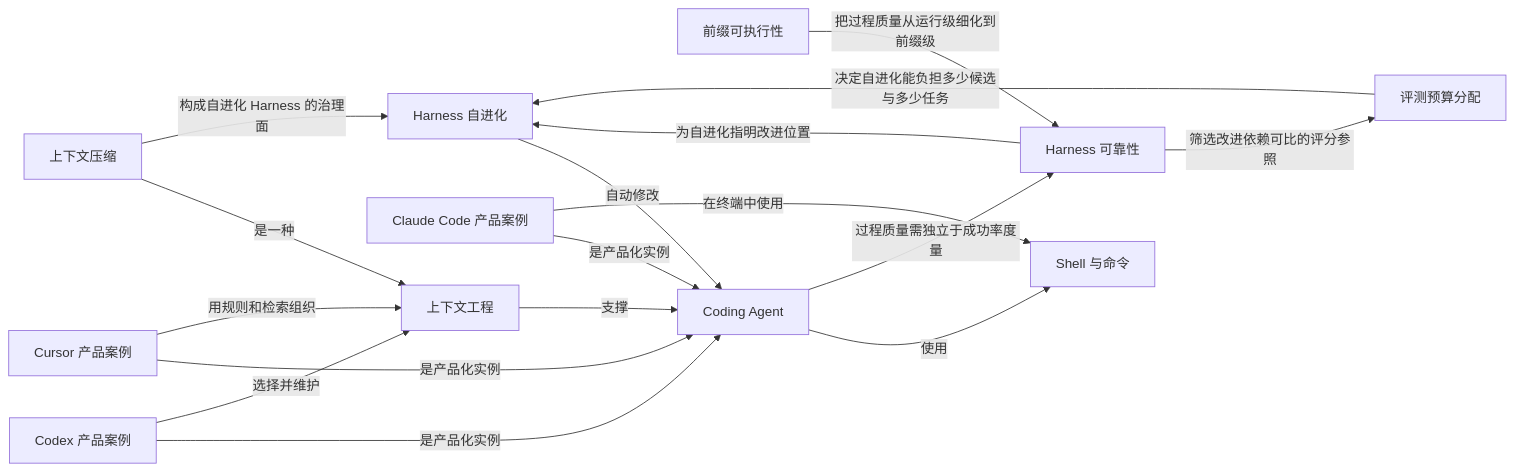
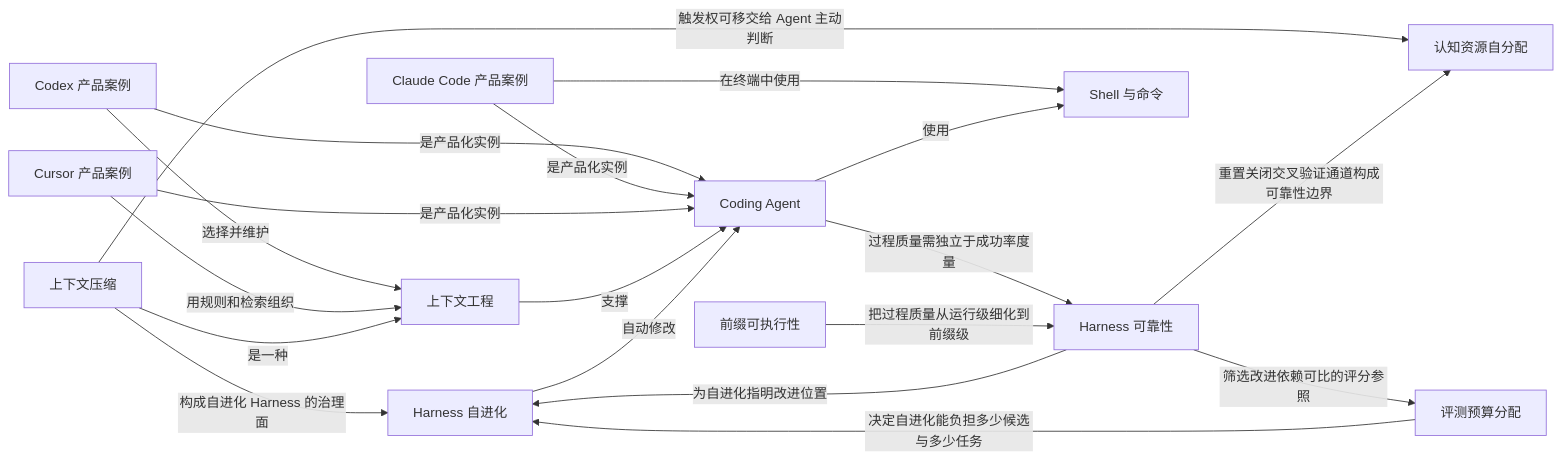
The seventh of 10 diagrams in 知识网络.md (z-Zihan/LLM-101), drawn with Mermaid before and after one commit. The commit also changed other lines of this file and 5 other files, not shown here.

Commit message:
docs(agent): add cognitive resource self-allocation (CORAL) section on agent-driven context management (#13)

````diff
--- a/知识网络.md
+++ b/知识网络.md
@@ -423,30 +424,33 @@
 ```mermaid
 flowchart LR
     n_harness_self_evolution["Harness 自进化"]
     n_harness_reliability["Harness 可靠性"]
     n_eval_budget["评测预算分配"]
     n_prefix_executability["前缀可执行性"]
     n_coding_agent["Coding Agent"]
     n_codex_product["Codex 产品案例"]
     n_claude_code_product["Claude Code 产品案例"]
     n_cursor_product["Cursor 产品案例"]
     n_context_engineering["上下文工程"]
     n_context_compaction["上下文压缩"]
+    n_coral_context_self_allocation["认知资源自分配"]
     n_shell["Shell 与命令"]
     n_codex_product -->|"是产品化实例"| n_coding_agent
     n_codex_product -->|"选择并维护"| n_context_engineering
     n_claude_code_product -->|"是产品化实例"| n_coding_agent
     n_claude_code_product -->|"在终端中使用"| n_shell
     n_cursor_product -->|"是产品化实例"| n_coding_agent
     n_cursor_product -->|"用规则和检索组织"| n_context_engineering
     n_coding_agent -->|"使用"| n_shell
     n_context_engineering -->|"支撑"| n_coding_agent
     n_context_compaction -->|"是一种"| n_context_engineering
+    n_context_compaction -->|"触发权可移交给 Agent 主动判断"| n_coral_context_self_allocation
+    n_harness_reliability -->|"重置关闭交叉验证通道构成可靠性边界"| n_coral_context_self_allocation
     n_harness_self_evolution -->|"自动修改"| n_coding_agent
     n_context_compaction -->|"构成自进化 Harness 的治理面"| n_harness_self_evolution
     n_coding_agent -->|"过程质量需独立于成功率度量"| n_harness_reliability
     n_harness_reliability -->|"为自进化指明改进位置"| n_harness_self_evolution
     n_eval_budget -->|"决定自进化能负担多少候选与多少任务"| n_harness_self_evolution
     n_harness_reliability -->|"筛选改进依赖可比的评分参照"| n_eval_budget
     n_prefix_executability -->|"把过程质量从运行级细化到前缀级"| n_harness_reliability
 ```
````
